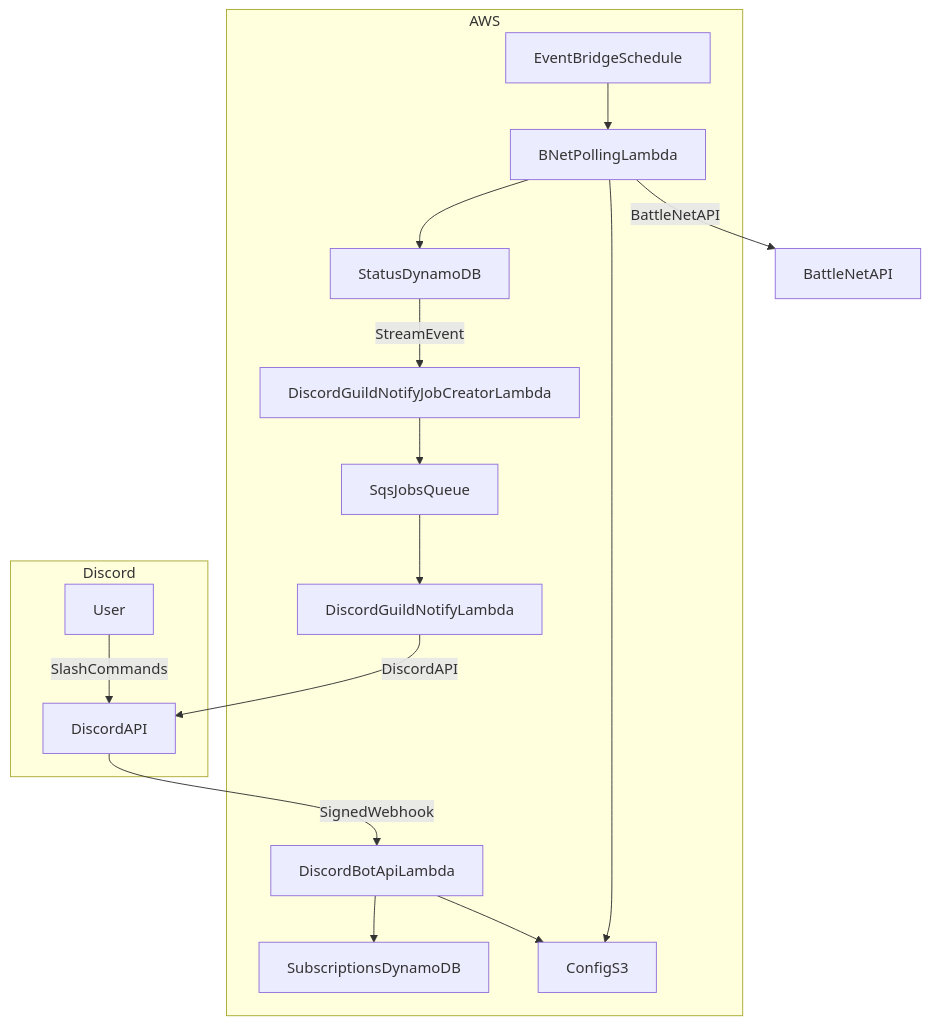
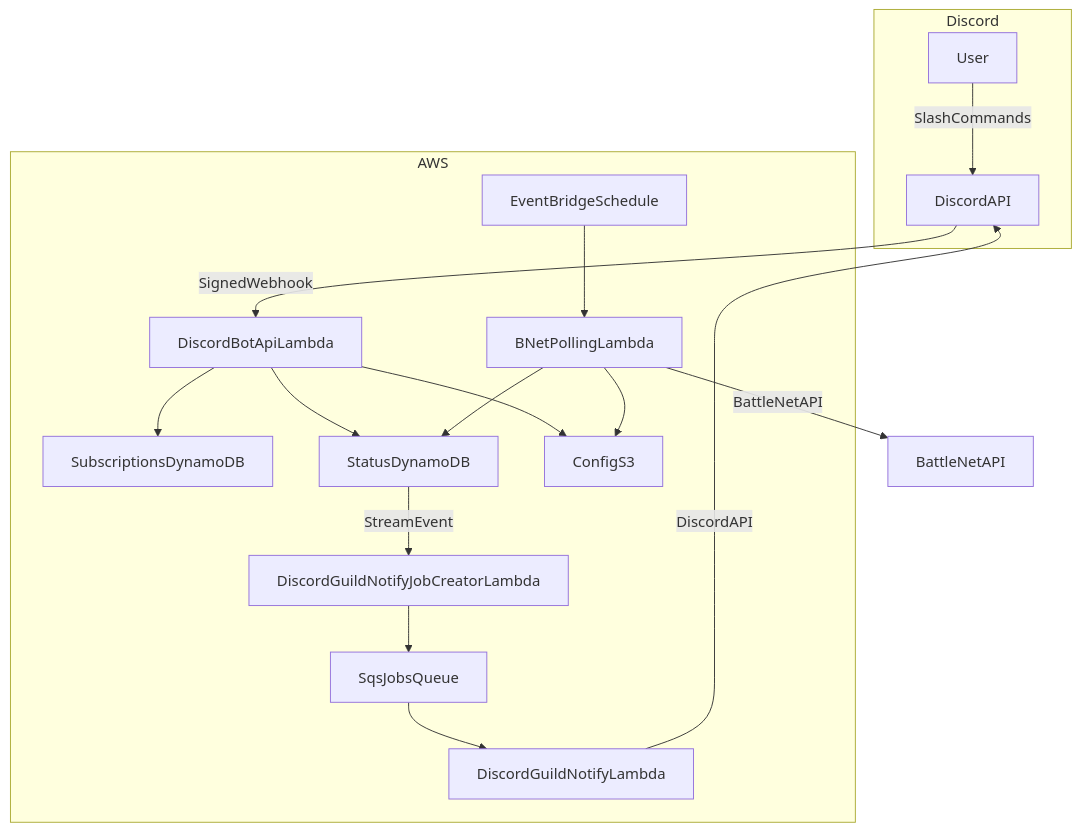
The diagram in README.md (ServersUp/servers-up-backend), drawn with Mermaid before and after one commit. The commit also changed other lines of this file and 21 other files, not shown here.

````diff
--- a/README.md
+++ b/README.md
@@ -11,34 +11,35 @@
 ```mermaid
 graph TD
   subgraph discord[Discord]
     User[User]
     DiscordAPI[DiscordAPI]
   end
 
   subgraph aws[AWS]
     BotApi[DiscordBotApiLambda]
     Poller[BNetPollingLambda]
     Scheduler[EventBridgeSchedule]
     JobCreator[DiscordGuildNotifyJobCreatorLambda]
     JobsQueue[SqsJobsQueue]
     Notifier[DiscordGuildNotifyLambda]
     SubsDdb[SubscriptionsDynamoDB]
     StatusDdb[StatusDynamoDB]
     ConfigS3[ConfigS3]
   end
 
   User -->|SlashCommands| DiscordAPI
   DiscordAPI -->|SignedWebhook| BotApi
   BotApi --> SubsDdb
+  BotApi --> StatusDdb
   BotApi --> ConfigS3
 
   Scheduler --> Poller
   Poller -->|BattleNetAPI| BattleNet[BattleNetAPI]
   Poller --> StatusDdb
   Poller --> ConfigS3
 
   StatusDdb -->|StreamEvent| JobCreator
   JobCreator --> JobsQueue
   JobsQueue --> Notifier
   Notifier -->|DiscordAPI| DiscordAPI
 ```
````
